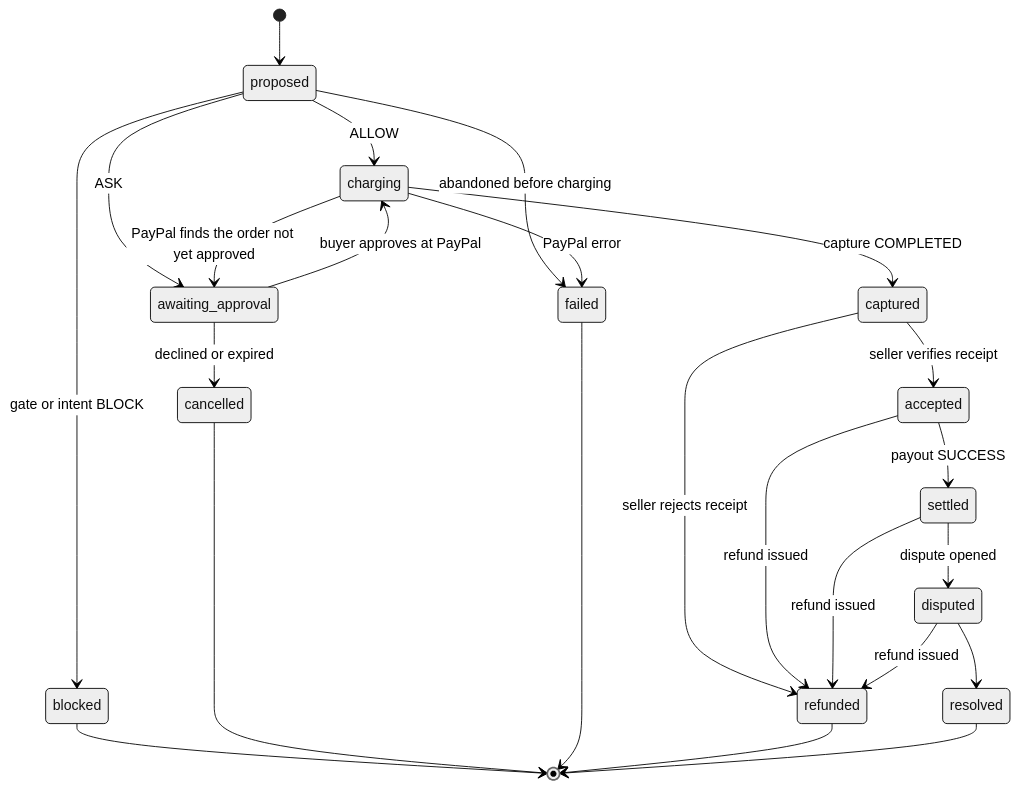
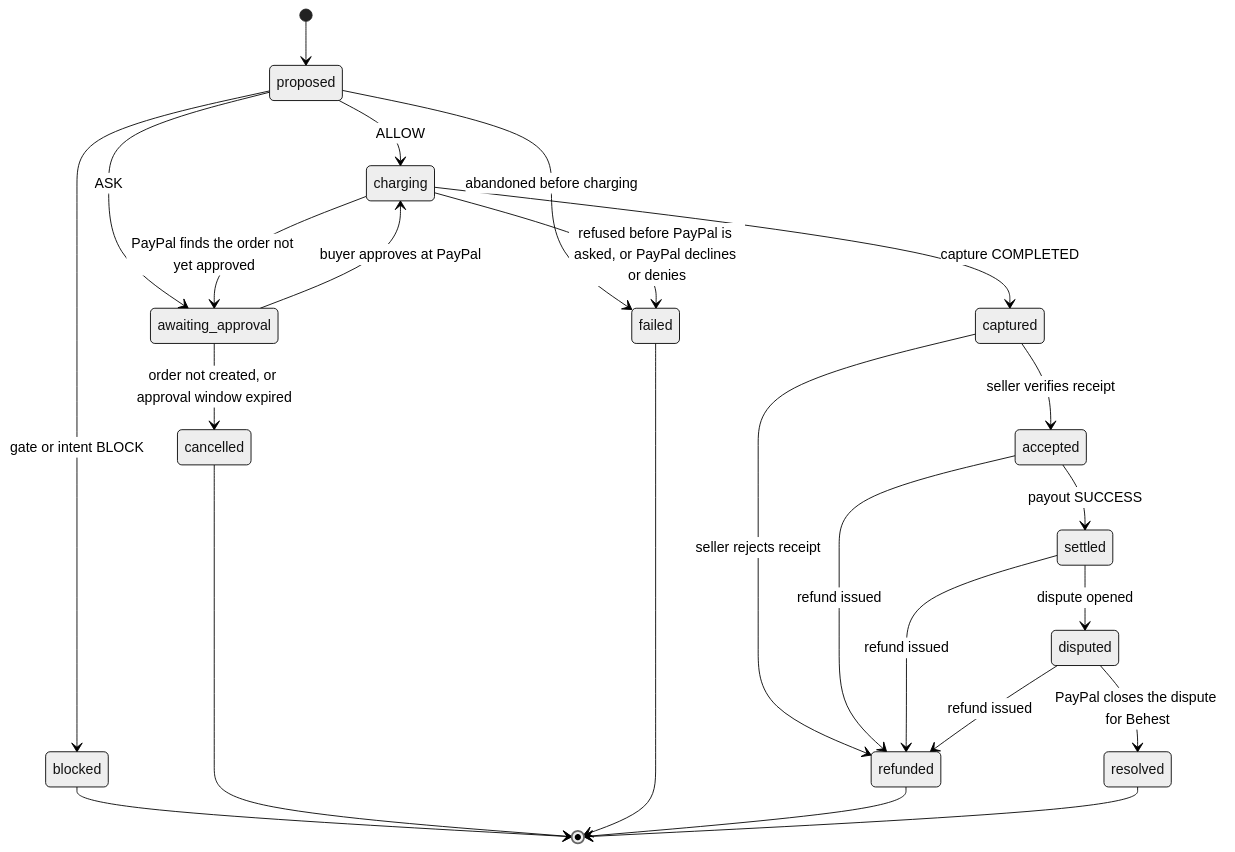
The second of 5 diagrams in docs/architecture.md (omsherikar/behest), drawn with Mermaid (neutral theme) before and after one commit. The commit also changed other lines of this file, not shown here.

First line of the commit message:
Correct the architecture document where it said more than the code does

````diff
--- a/docs/architecture.md
+++ b/docs/architecture.md
@@ -144,26 +144,26 @@
 ```mermaid
 stateDiagram-v2
   [*] --> proposed
   proposed --> blocked: gate or intent BLOCK
   proposed --> charging: ALLOW
   proposed --> awaiting_approval: ASK
   proposed --> failed: abandoned before charging
   awaiting_approval --> charging: buyer approves at PayPal
-  awaiting_approval --> cancelled: declined or expired
+  awaiting_approval --> cancelled: order not created, or approval window expired
   charging --> captured: capture COMPLETED
-  charging --> failed: PayPal error
+  charging --> failed: refused before PayPal is asked, or PayPal declines or denies
   charging --> awaiting_approval: PayPal finds the order not yet approved
   captured --> accepted: seller verifies receipt
   captured --> refunded: seller rejects receipt
   accepted --> settled: payout SUCCESS
   accepted --> refunded: refund issued
   settled --> disputed: dispute opened
   settled --> refunded: refund issued
   disputed --> refunded: refund issued
-  disputed --> resolved
+  disputed --> resolved: PayPal closes the dispute for Behest
   blocked --> [*]
   cancelled --> [*]
   failed --> [*]
   refunded --> [*]
   resolved --> [*]
 ```
````
